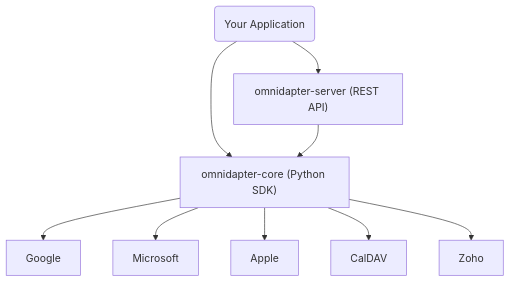
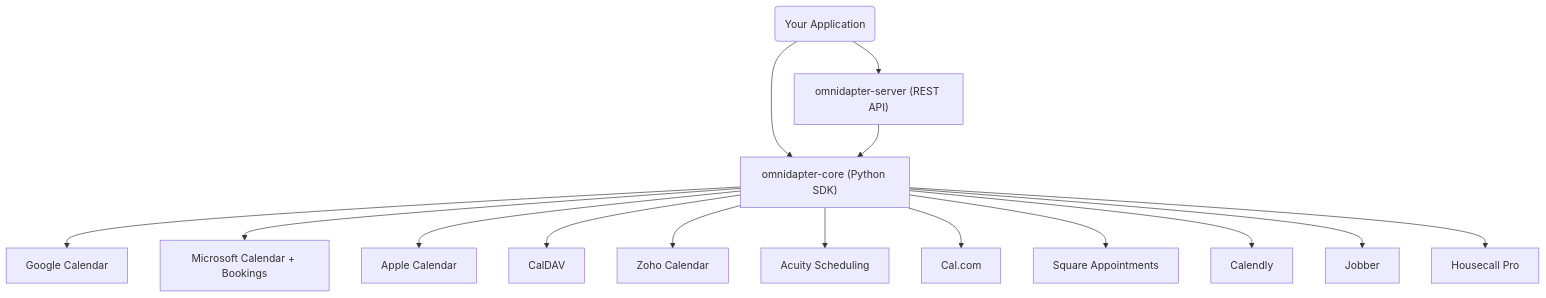
The diagram in README.md (heckerlabs/omnidapter), drawn with Mermaid before and after one commit. The commit also changed other lines of this file and 7 other files, not shown here.

````diff
--- a/README.md
+++ b/README.md
@@ -24,11 +25,17 @@
 ```mermaid
 graph TD
     UserApp(Your Application) --> CoreSDK["omnidapter-core (Python SDK)"]
     UserApp --> Server["omnidapter-server (REST API)"]
     Server --> CoreSDK
-    CoreSDK --> P_Google[Google]
-    CoreSDK --> P_MS[Microsoft]
-    CoreSDK --> P_Apple[Apple]
+    CoreSDK --> P_Google[Google Calendar]
+    CoreSDK --> P_MS[Microsoft Calendar + Bookings]
+    CoreSDK --> P_Apple[Apple Calendar]
     CoreSDK --> P_Caldav[CalDAV]
-    CoreSDK --> P_Zoho[Zoho]
+    CoreSDK --> P_Zoho[Zoho Calendar]
+    CoreSDK --> P_Acuity[Acuity Scheduling]
+    CoreSDK --> P_Calcom[Cal.com]
+    CoreSDK --> P_Square[Square Appointments]
+    CoreSDK --> P_Calendly[Calendly]
+    CoreSDK --> P_Jobber[Jobber]
+    CoreSDK --> P_HCP[Housecall Pro]
 ```
````
